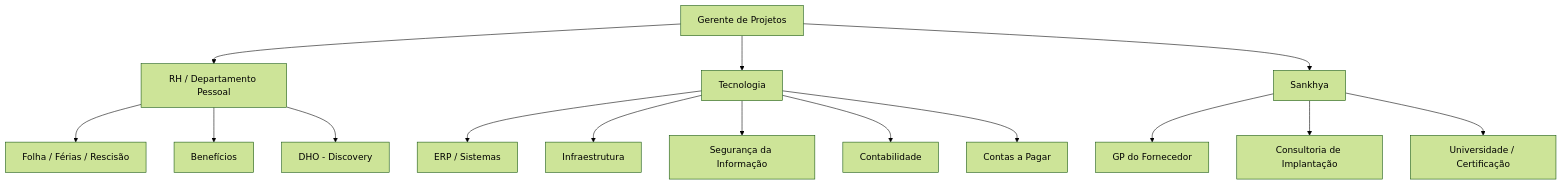
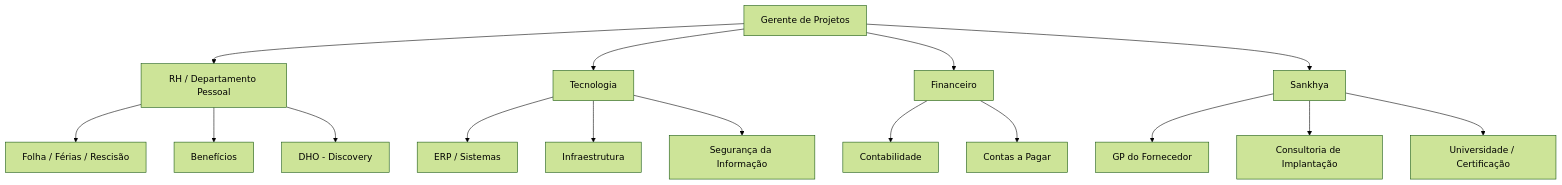
Before and after one commit to Joao-H-Esteves/case-migracao-folha-pessoas-plus: the sixth of 6 diagrams in README.md, drawn with Mermaid (forest theme).

Commit message:
corrige classificação das áreas financeiras

````diff
--- a/README.md
+++ b/README.md
@@ -293,22 +293,24 @@
 ```mermaid
 flowchart TB
     GP[Gerente de Projetos]
 
     GP --> RH[RH / Departamento Pessoal]
     GP --> TEC[Tecnologia]
+    GP --> FIN[Financeiro]
     GP --> SK[Sankhya]
 
     RH --> DP[Folha / Férias / Rescisão]
     RH --> BEN[Benefícios]
     RH --> DHO[DHO - Discovery]
 
     TEC --> ERP[ERP / Sistemas]
     TEC --> INF[Infraestrutura]
     TEC --> SEG[Segurança da Informação]
-    TEC --> CONT[Contabilidade]
-    TEC --> FIN[Contas a Pagar]
+
+    FIN --> CONT[Contabilidade]
+    FIN --> CAP[Contas a Pagar]
 
     SK --> GPF[GP do Fornecedor]
     SK --> CONS[Consultoria de Implantação]
     SK --> UNI[Universidade / Certificação]
 ```
````
